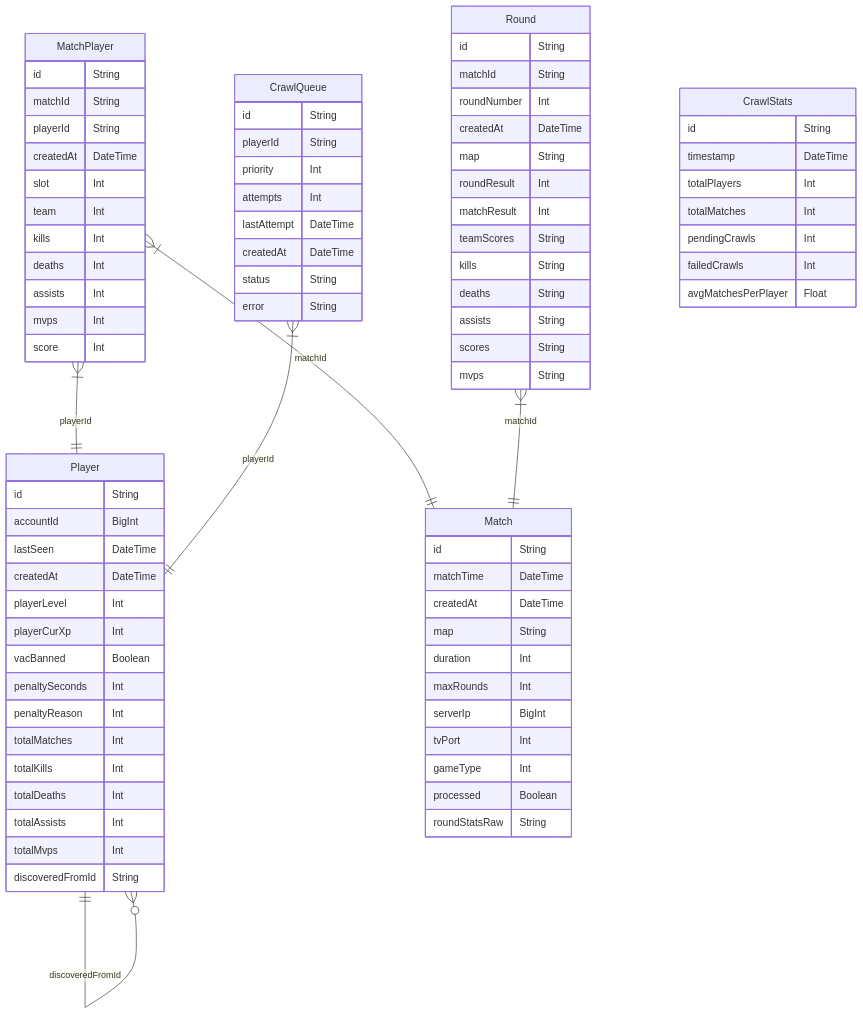
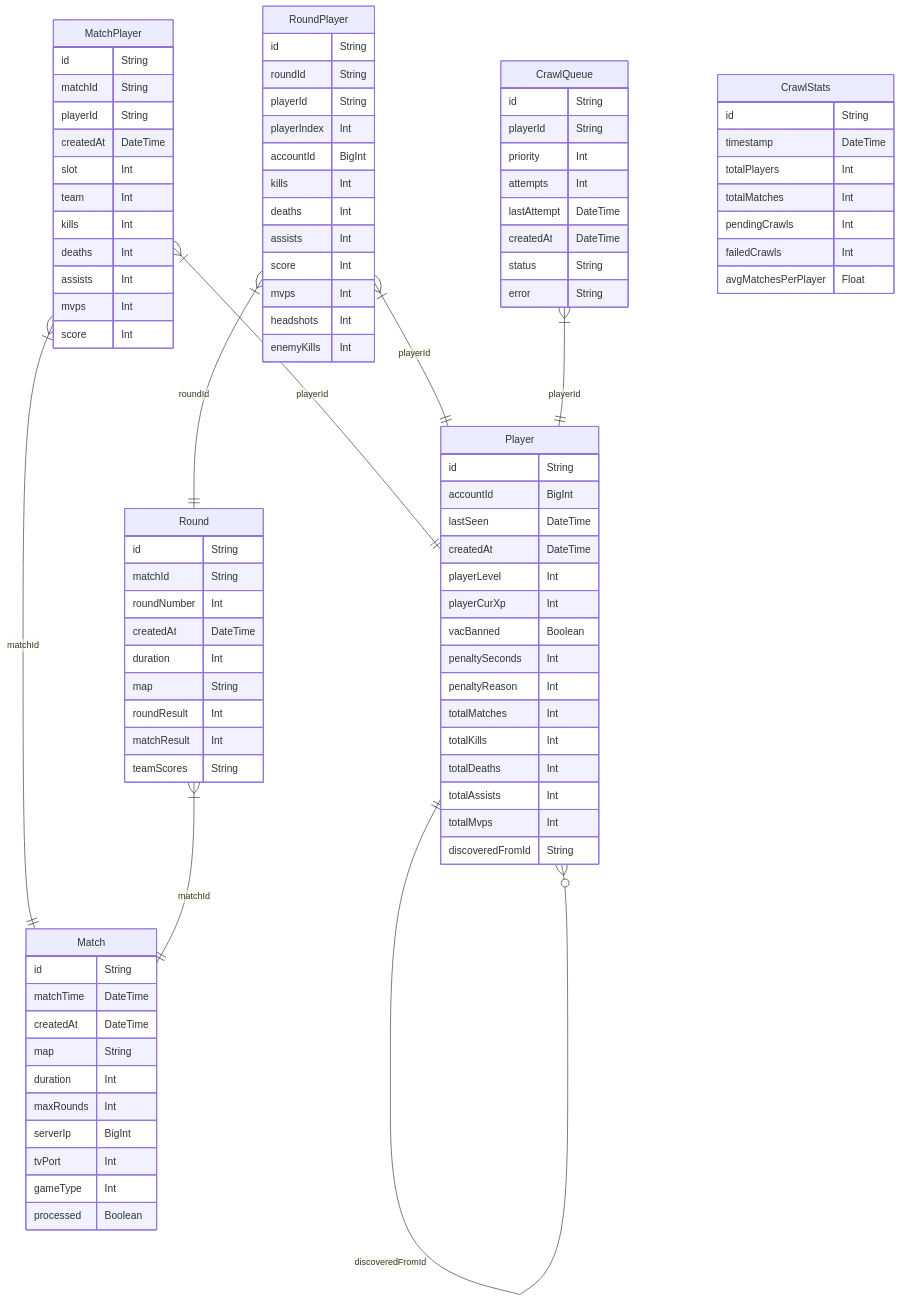
One commit to BryanRPLee/SpyGlass changed the third of 3 diagrams in README.md. Above: the diagram before and after it, drawn with Mermaid. The commit also changed other lines of this file, not shown here.

Commit message:
fix: standardize terminology and improve consistency in README documentation

````diff
--- a/README.md
+++ b/README.md
@@ -204,7 +206,6 @@
       tvPort Int
       gameType Int
       processed Boolean
-      roundStatsRaw String
     }
     MatchPlayer {
       id String
@@ -224,15 +225,25 @@
       matchId String
       roundNumber Int
       createdAt DateTime
+      duration Int
       map String
       roundResult Int
       matchResult Int
       teamScores String
-      kills String
-      deaths String
-      assists String
-      scores String
-      mvps String
+    }
+    RoundPlayer {
+      id String
+      roundId String
+      playerId String
+      playerIndex Int
+      accountId BigInt
+      kills Int
+      deaths Int
+      assists Int
+      score Int
+      mvps Int
+      headshots Int
+      enemyKills Int
     }
     CrawlQueue {
       id String
@@ -258,6 +269,8 @@
     MatchPlayer }|--|| Match : "matchId"
     MatchPlayer }|--|| Player : "playerId"
     Round }|--|| Match : "matchId"
+    RoundPlayer }|--|| Round : "roundId"
+    RoundPlayer }|--|| Player : "playerId"
     Player ||--o{ Player : "discoveredFromId"
     CrawlQueue }|--|| Player : "playerId"
 ```
````
